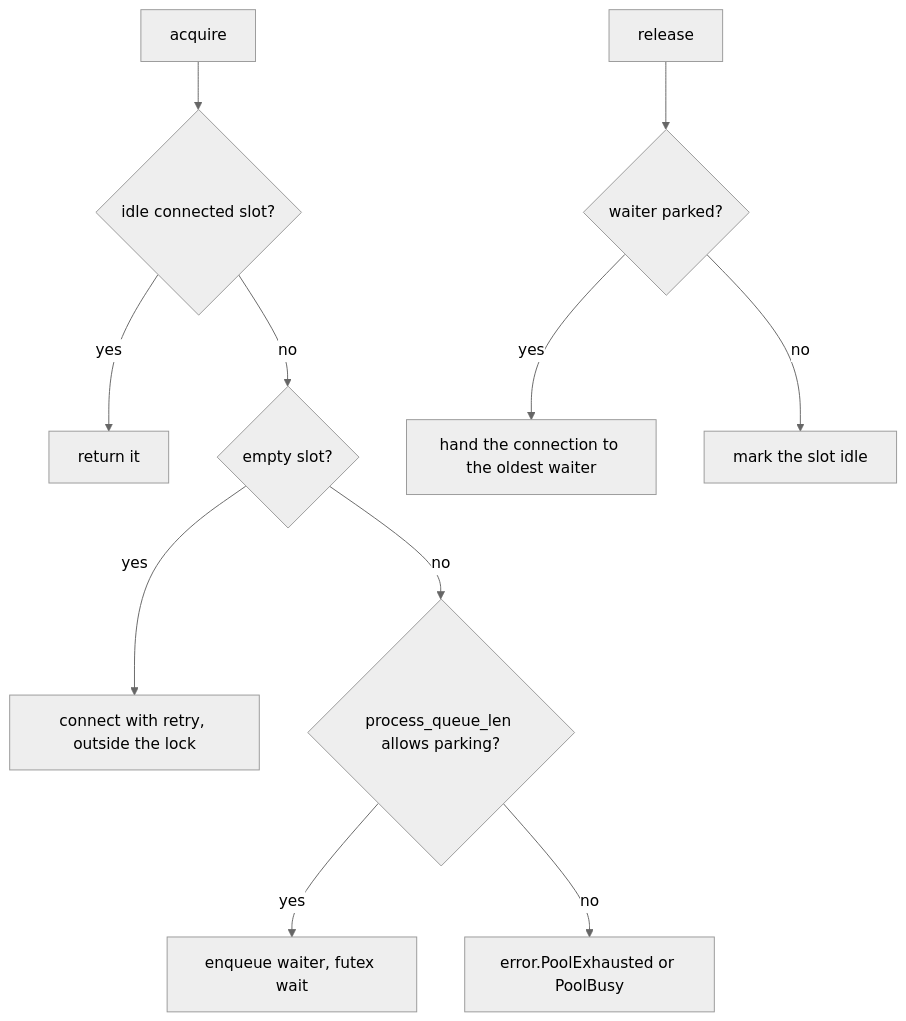
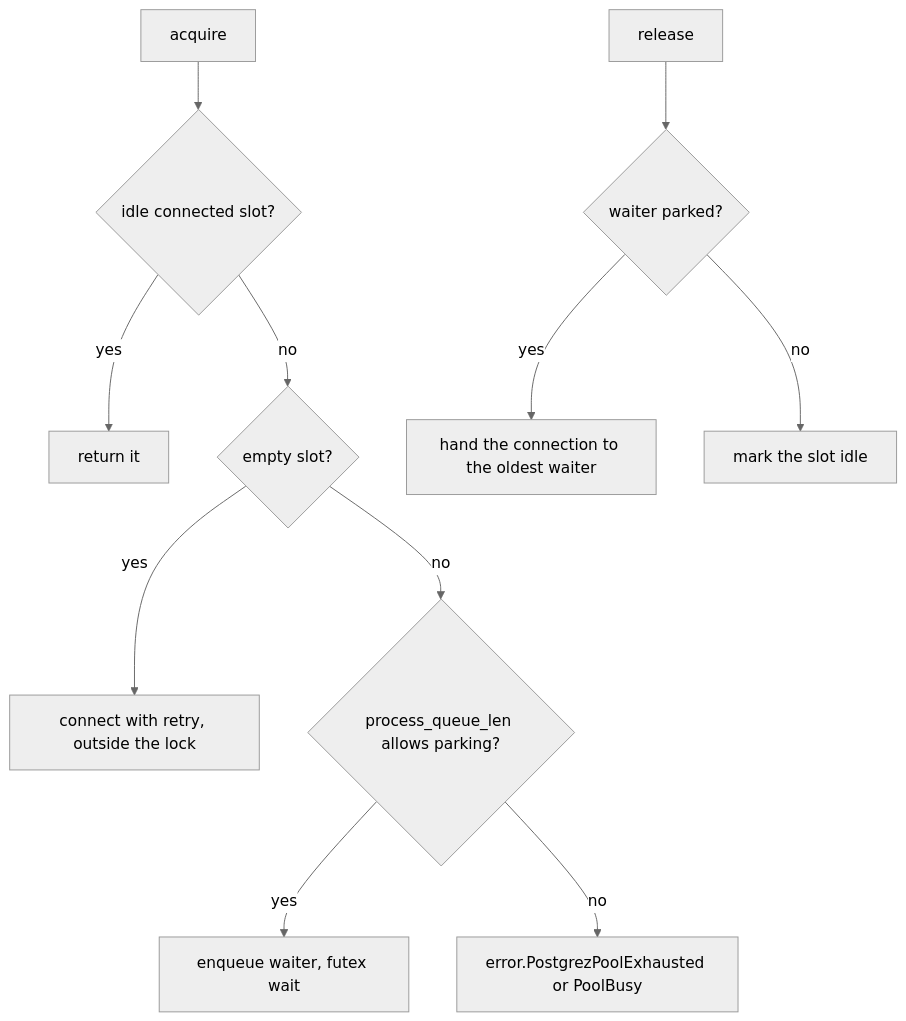
Before and after one commit to prothegee/zix: the fifth of 5 diagrams in docs/driver/postgrez/lld-en.md, drawn with Mermaid (neutral theme). The commit also changed other lines of this file and 410 other files, not shown here.

````diff
--- a/docs/driver/postgrez/lld-en.md
+++ b/docs/driver/postgrez/lld-en.md
@@ -121,13 +121,13 @@
 ```mermaid
 flowchart TB
     acq[acquire] --> idle{idle connected slot?}
     idle -->|yes| hand[return it]
     idle -->|no| empty{empty slot?}
     empty -->|yes| conn[connect with retry, outside the lock]
     empty -->|no| park{process_queue_len allows parking?}
     park -->|yes| wait[enqueue waiter, futex wait]
-    park -->|no| shed[error.PoolExhausted or PoolBusy]
+    park -->|no| shed[error.PostgrezPoolExhausted or PoolBusy]
     rel[release] --> waiter{waiter parked?}
     waiter -->|yes| grant[hand the connection to the oldest waiter]
     waiter -->|no| back[mark the slot idle]
 ```
````
